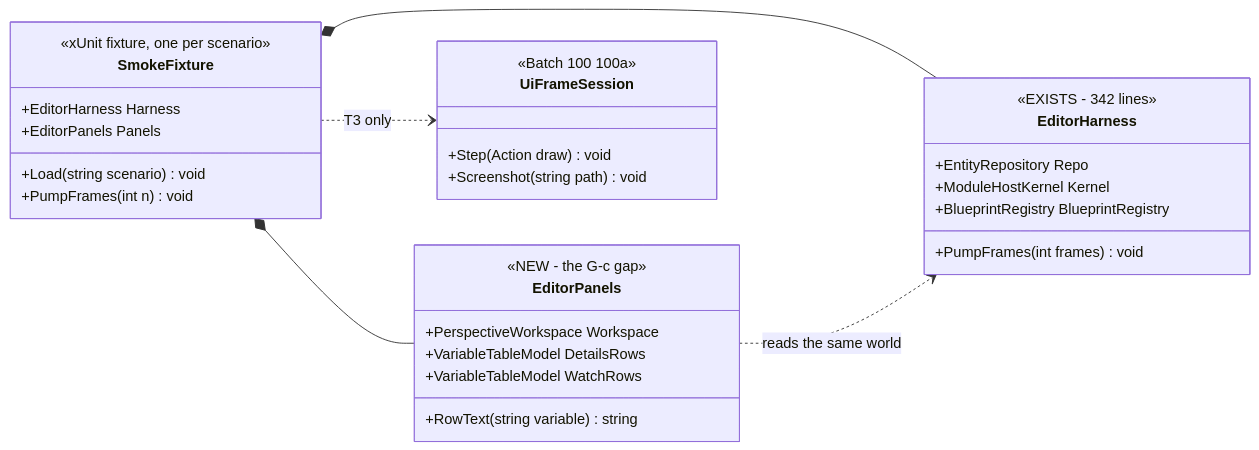
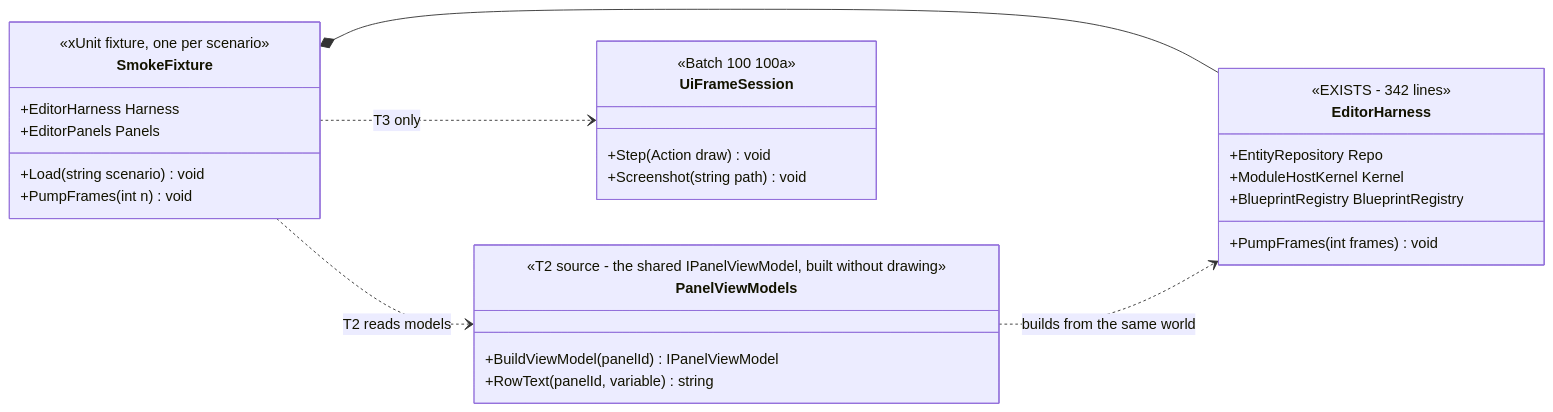
The first of 2 diagrams in docs/blueprints/DESIGN_Smoke_Suite.md (pjanec/HROT), drawn with Mermaid before and after one commit. The commit also changed other lines of this file and 2 other files, not shown here.

````diff
--- a/docs/blueprints/DESIGN_Smoke_Suite.md
+++ b/docs/blueprints/DESIGN_Smoke_Suite.md
@@ -87,34 +90,32 @@
 ```mermaid
 classDiagram
     direction LR
     class SmokeFixture {
         <<xUnit fixture, one per scenario>>
         +EditorHarness Harness
         +EditorPanels Panels
         +Load(string scenario) void
         +PumpFrames(int n) void
     }
     class EditorHarness {
         <<EXISTS - 342 lines>>
         +EntityRepository Repo
         +ModuleHostKernel Kernel
         +BlueprintRegistry BlueprintRegistry
         +PumpFrames(int frames) void
     }
-    class EditorPanels {
-        <<NEW - the G-c gap>>
-        +PerspectiveWorkspace Workspace
-        +VariableTableModel DetailsRows
-        +VariableTableModel WatchRows
-        +RowText(string variable) string
+    class PanelViewModels {
+        <<T2 source - the shared IPanelViewModel, built without drawing>>
+        +BuildViewModel(panelId) IPanelViewModel
+        +RowText(panelId, variable) string
     }
     class UiFrameSession {
         <<Batch 100 100a>>
         +Step(Action draw) void
         +Screenshot(string path) void
     }
     SmokeFixture *-- EditorHarness
-    SmokeFixture *-- EditorPanels
+    SmokeFixture ..> PanelViewModels : T2 reads models
     SmokeFixture ..> UiFrameSession : T3 only
-    EditorPanels ..> EditorHarness : reads the same world
+    PanelViewModels ..> EditorHarness : builds from the same world
 ```
````
